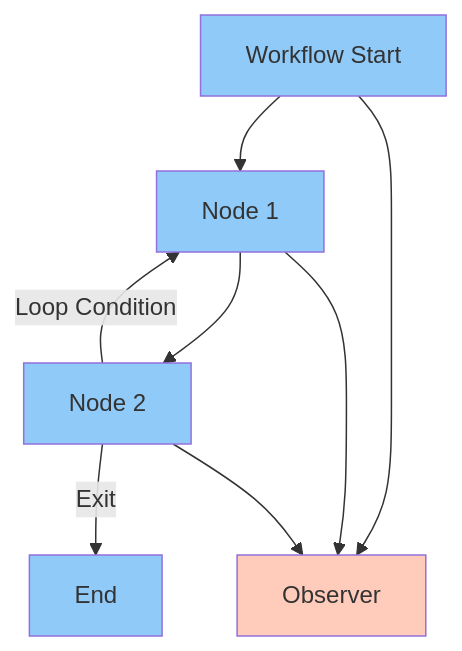
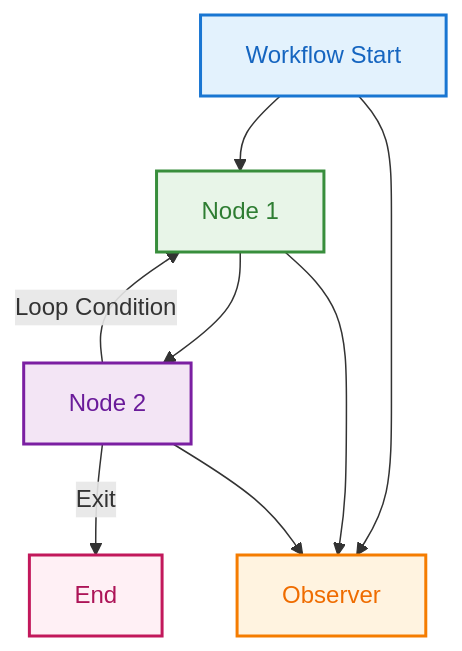
The fourth of 6 diagrams in quantalogic_flow/README.md (quantalogic/quantalogic), drawn with Mermaid before and after one commit. The commit also changed other lines of this file and 1 other file, not shown here.

Commit message:
style: update color scheme for Mermaid diagrams to enhance readability and accessibility

````diff
--- a/quantalogic_flow/README.md
+++ b/quantalogic_flow/README.md
@@ -586,15 +590,15 @@
 ```mermaid
 graph TD
     A[Workflow Start] --> B[Node 1]
     B --> C[Node 2]
     C -->|Loop Condition| B
     C -->|Exit| D[End]
     A --> E[Observer]
     B --> E
     C --> E
-    style A fill:#90CAF9
-    style B fill:#90CAF9
-    style C fill:#90CAF9
-    style D fill:#90CAF9
-    style E fill:#FFCCBC
+    style A fill:#E3F2FD,stroke:#1976D2,stroke-width:2px,color:#1565C0
+    style B fill:#E8F5E8,stroke:#388E3C,stroke-width:2px,color:#2E7D32
+    style C fill:#F3E5F5,stroke:#7B1FA2,stroke-width:2px,color:#6A1B9A
+    style D fill:#FFF0F5,stroke:#C2185B,stroke-width:2px,color:#AD1457
+    style E fill:#FFF3E0,stroke:#F57C00,stroke-width:2px,color:#EF6C00
 ```
````
